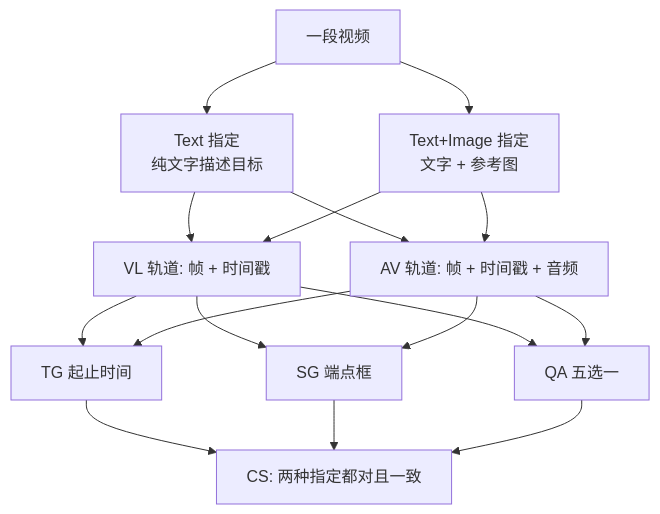
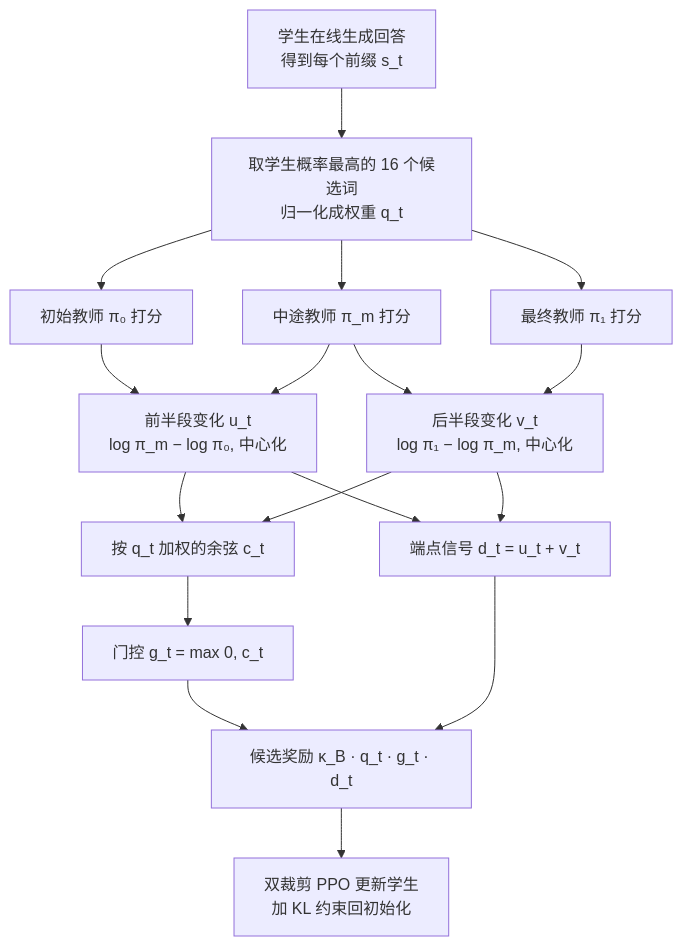
The second of 2 diagrams in docs/index.md (yingwang/paper-reads), drawn with Mermaid before and after one commit. The commit also changed other lines of this file and 2 other files, not shown here.

````diff
--- a/docs/index.md
+++ b/docs/index.md
@@ -84,18 +74,19 @@
 ```mermaid
 flowchart TD
-    V[一段视频] --> T1[Text 指定<br/>纯文字描述目标]
-    V --> T2[Text+Image 指定<br/>文字 + 参考图]
-    T1 --> VL[VL 轨道: 帧 + 时间戳]
-    T2 --> VL
-    T1 --> AV[AV 轨道: 帧 + 时间戳 + 音频]
-    T2 --> AV
-    VL --> TG[TG 起止时间]
-    VL --> SG[SG 端点框]
-    VL --> QA[QA 五选一]
-    AV --> TG
-    AV --> SG
-    AV --> QA
-    TG --> CS[CS: 两种指定都对且一致]
-    SG --> CS
-    QA --> CS
+    S[学生在线生成回答<br/>得到每个前缀 s_t] --> K[取学生概率最高的 16 个候选词<br/>归一化成权重 q_t]
+    K --> T0[初始教师 π₀ 打分]
+    K --> Tm[中途教师 π_m 打分]
+    K --> T1[最终教师 π₁ 打分]
+    T0 --> U[前半段变化 u_t<br/>log π_m − log π₀, 中心化]
+    Tm --> U
+    Tm --> V[后半段变化 v_t<br/>log π₁ − log π_m, 中心化]
+    T1 --> V
+    U --> C[按 q_t 加权的余弦 c_t]
+    V --> C
+    C --> G[门控 g_t = max 0, c_t]
+    U --> D[端点信号 d_t = u_t + v_t]
+    V --> D
+    G --> R[候选奖励 κ_B · q_t · g_t · d_t]
+    D --> R
+    R --> P[双裁剪 PPO 更新学生<br/>加 KL 约束回初始化]
 ```
````
